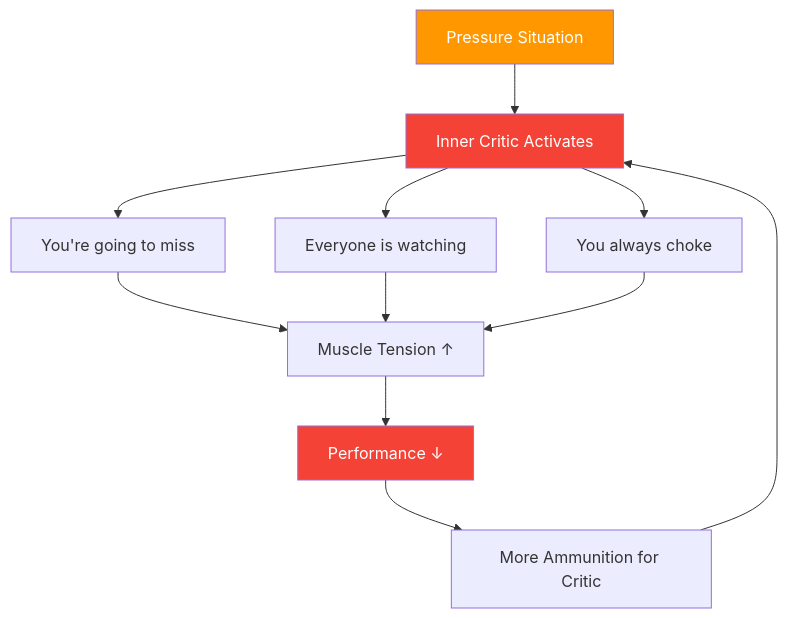
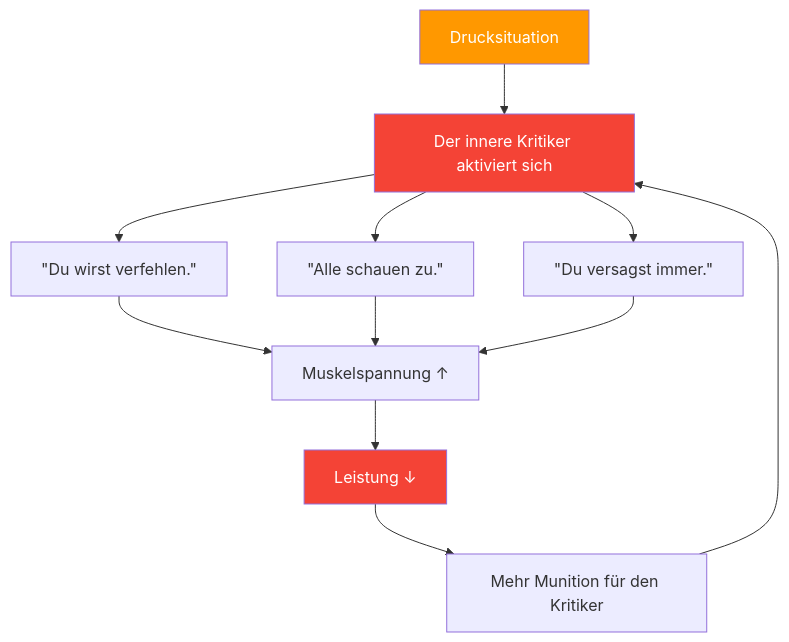
The diagram in docs/de/articles/inner-critic.md (patwii/petanque-academy), drawn with Mermaid before and after one commit. The commit also changed other lines of this file and 550 other files, not shown here.

````diff
--- a/docs/de/articles/inner-critic.md
+++ b/docs/de/articles/inner-critic.md
@@ -22,19 +22,19 @@
 ```mermaid
 flowchart TD
-    A[Pressure Situation] --> B[Inner Critic Activates]
-    B --> C["You're going to miss"]
-    B --> D["Everyone is watching"]
-    B --> E["You always choke"]
+    A[Drucksituation] --> B[Der innere Kritiker aktiviert sich]
+    B --> C[&quot;Du wirst verfehlen.&quot;]
+    B --> D[&quot;Alle schauen zu.&quot;]
+    B --> E[&quot;Du versagst immer.&quot;]
 
-    C --> F[Muscle Tension ↑]
+    C --> F[Muskelspannung ↑]
     D --> F
     E --> F
 
-    F --> G[Performance ↓]
-    G --> H[More Ammunition for Critic]
+    F --> G[Leistung ↓]
+    G --> H[Mehr Munition für den Kritiker]
     H --> B
 
     style A fill:#FF9800,color:#fff
     style B fill:#f44336,color:#fff
     style G fill:#f44336,color:#fff
 ```
````
